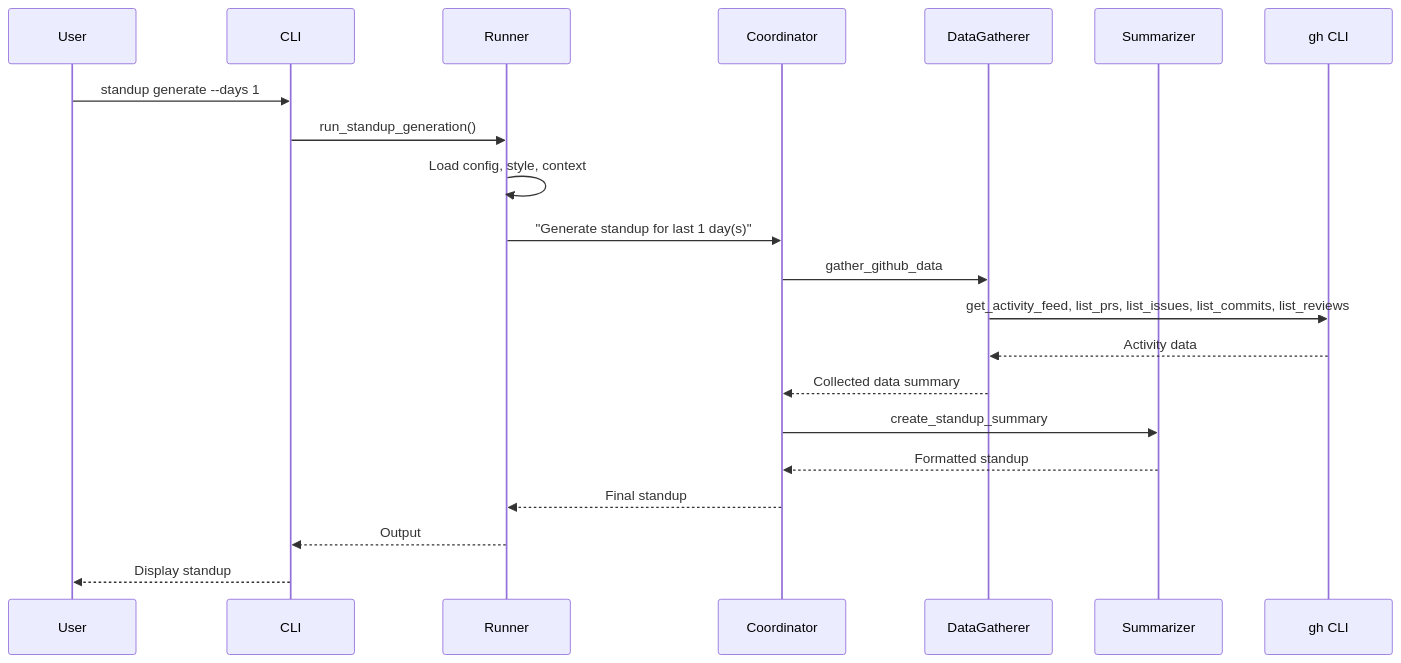
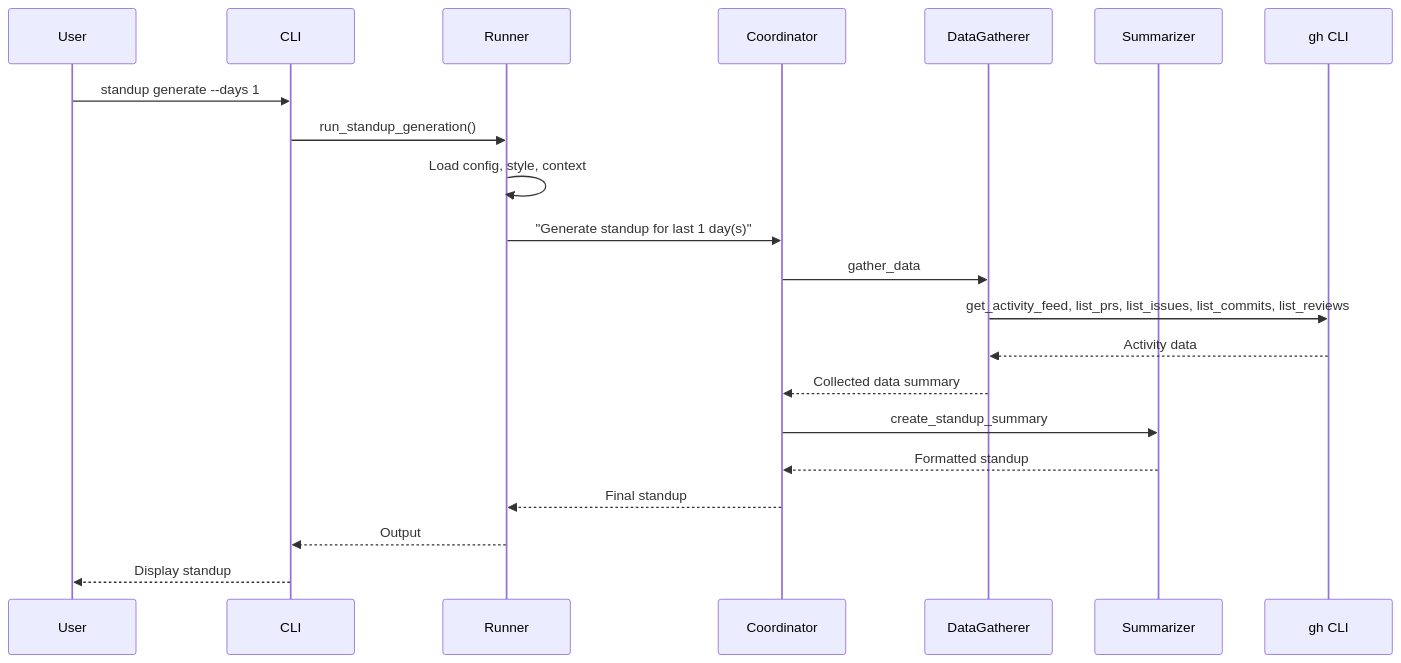
The third of 3 diagrams in ARCHITECTURE.md (andrewm4894/github-standup-agent), drawn with Mermaid before and after one commit. The commit also changed other lines of this file and 33 other files, not shown here.

````diff
--- a/ARCHITECTURE.md
+++ b/ARCHITECTURE.md
@@ -109,27 +107,27 @@
 ```mermaid
 sequenceDiagram
     participant User
     participant CLI
     participant Runner
     participant Coordinator
     participant DataGatherer
     participant Summarizer
     participant GitHub as gh CLI
 
     User->>CLI: standup generate --days 1
     CLI->>Runner: run_standup_generation()
     Runner->>Runner: Load config, style, context
     Runner->>Coordinator: "Generate standup for last 1 day(s)"
 
-    Coordinator->>DataGatherer: gather_github_data
+    Coordinator->>DataGatherer: gather_data
     DataGatherer->>GitHub: get_activity_feed, list_prs, list_issues, list_commits, list_reviews
     GitHub-->>DataGatherer: Activity data
     DataGatherer-->>Coordinator: Collected data summary
 
     Coordinator->>Summarizer: create_standup_summary
     Summarizer-->>Coordinator: Formatted standup
 
     Coordinator-->>Runner: Final standup
     Runner-->>CLI: Output
     CLI-->>User: Display standup
 ```
````
